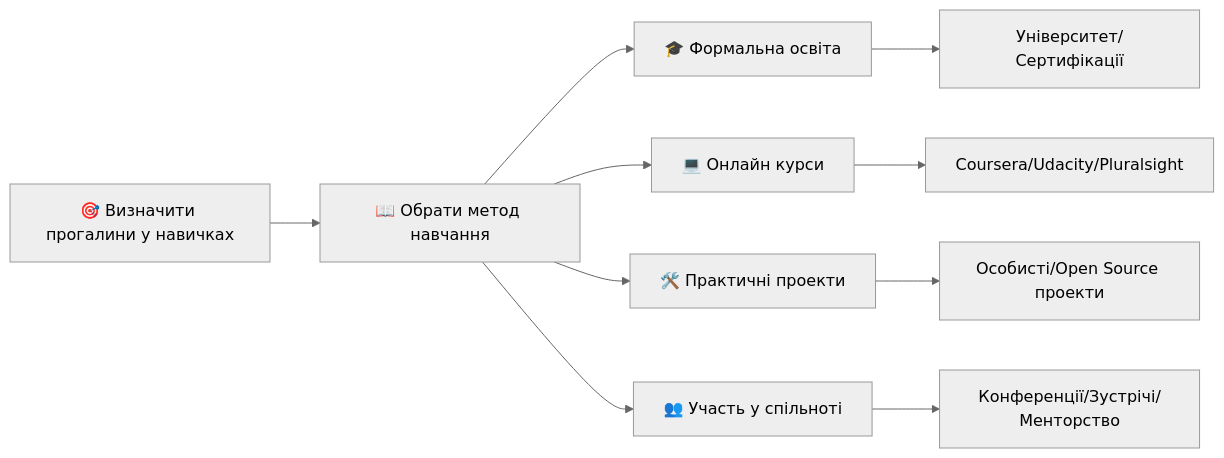
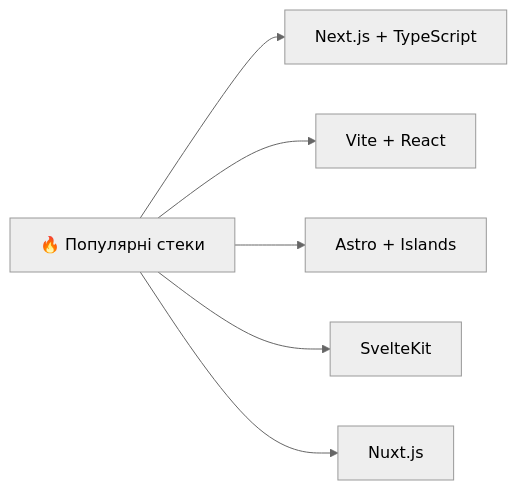
One commit to olroi421/course-web changed diagram 17 of 20 in docs/presentations/presentation-01.md. Above: the diagram before and after it, drawn with Mermaid (neutral theme). The commit also changed other lines of this file and 2 other files, not shown here.

````diff
--- a/docs/presentations/presentation-01.md
+++ b/docs/presentations/presentation-01.md
@@ -232,12 +514,8 @@
 ```mermaid
 graph LR
-    A[🎯 Визначити прогалини у навичках] --> B[📖 Обрати метод навчання]
-    B --> C[🎓 Формальна освіта]
-    B --> D[💻 Онлайн курси]
-    B --> E[🛠️ Практичні проекти]
-    B --> F[👥 Участь у спільноті]
-    C --> G[Університет/Сертифікації]
-    D --> H[Coursera/Udacity/Pluralsight]
-    E --> I[Особисті/Open Source проекти]
-    F --> J[Конференції/Зустрічі/Менторство]
+    A[🔥 Популярні стеки] --> B[Next.js + TypeScript]
+    A --> C[Vite + React]
+    A --> D[Astro + Islands]
+    A --> E[SvelteKit]
+    A --> F[Nuxt.js]
 ```
````
